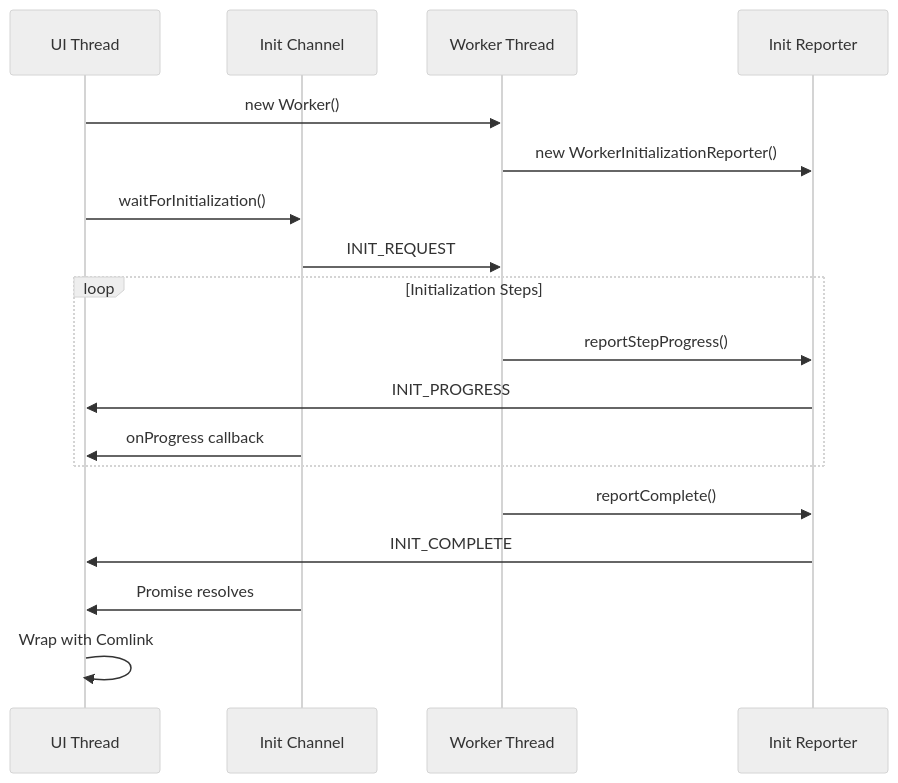
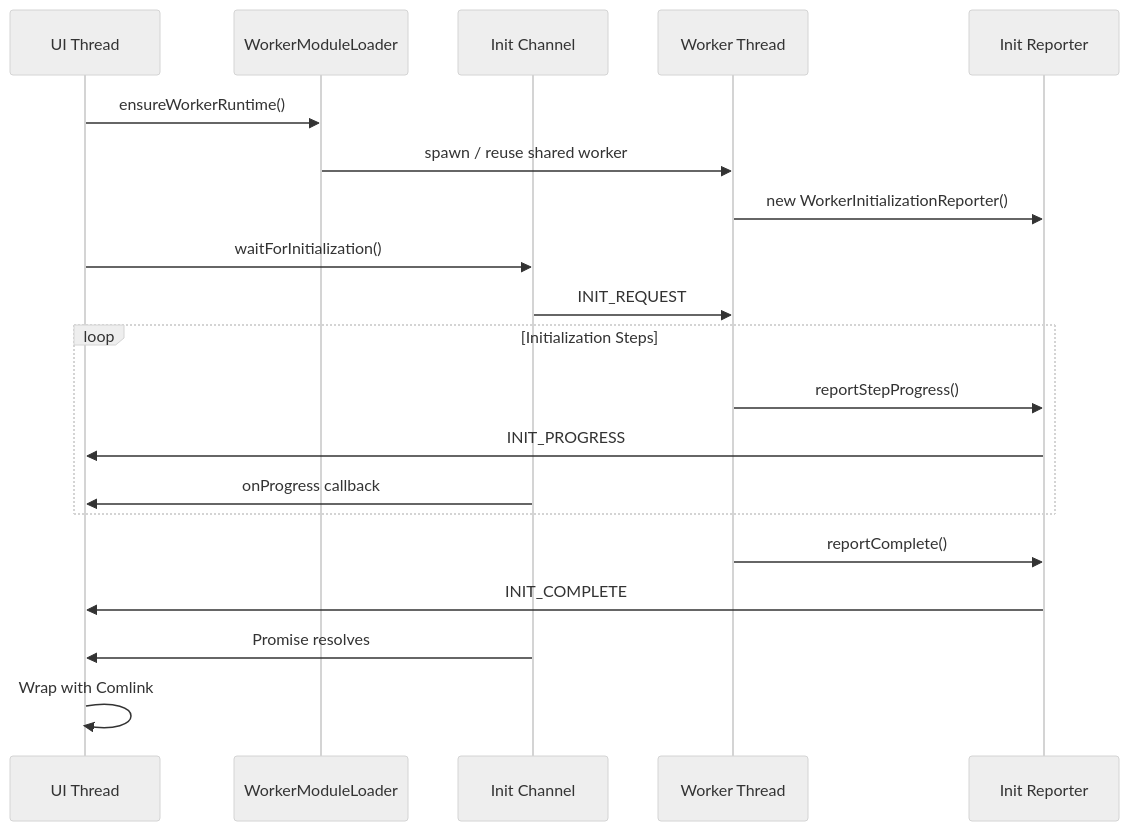
The diagram in packages/runtime/worker-bootstrap/README.md (kubohiroya/hierarchidb), drawn with Mermaid (neutral theme) before and after one commit. The commit also changed other lines of this file and 28 other files, not shown here.

````diff
--- a/packages/runtime/worker-bootstrap/README.md
+++ b/packages/runtime/worker-bootstrap/README.md
@@ -257,23 +268,25 @@
 ```mermaid
 sequenceDiagram
     participant UI as UI Thread
+    participant Loader as WorkerModuleLoader
     participant Channel as Init Channel
     participant Worker as Worker Thread
     participant Reporter as Init Reporter
     
-    UI->>Worker: new Worker()
+    UI->>Loader: ensureWorkerRuntime()
+    Loader->>Worker: spawn / reuse shared worker
     Worker->>Reporter: new WorkerInitializationReporter()
     UI->>Channel: waitForInitialization()
     Channel->>Worker: INIT_REQUEST
     
     loop Initialization Steps
         Worker->>Reporter: reportStepProgress()
         Reporter->>UI: INIT_PROGRESS
         Channel->>UI: onProgress callback
     end
     
     Worker->>Reporter: reportComplete()
     Reporter->>UI: INIT_COMPLETE
     Channel->>UI: Promise resolves
     UI->>UI: Wrap with Comlink
 ```
````
